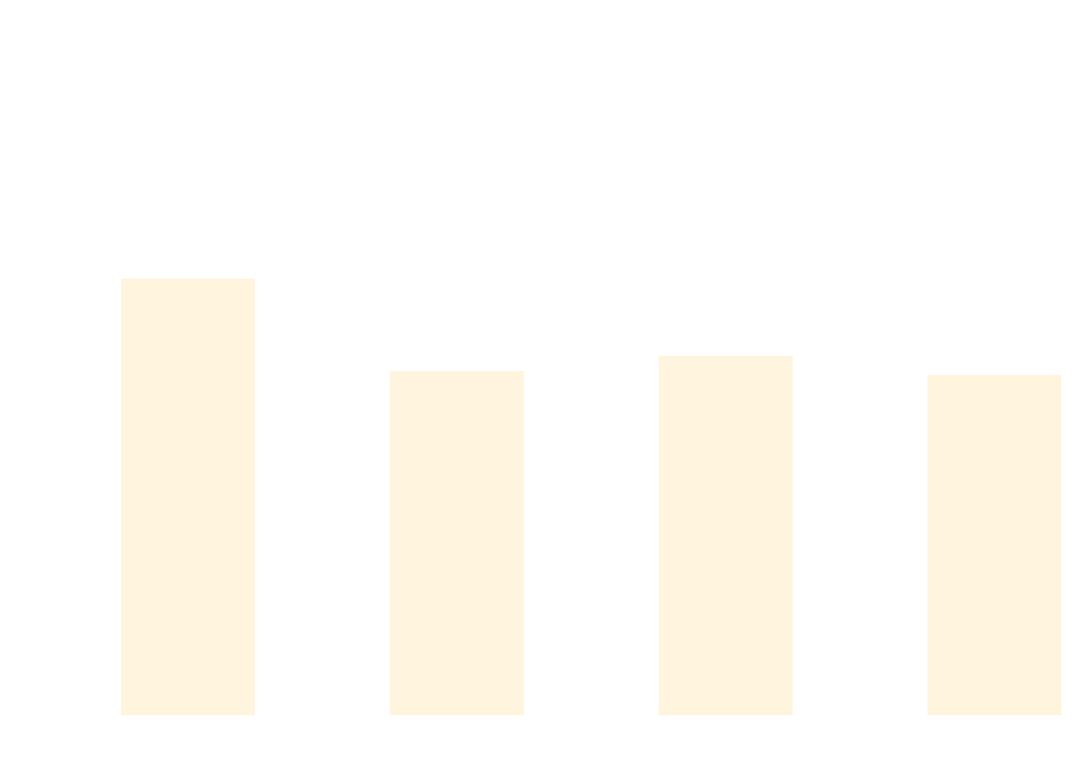
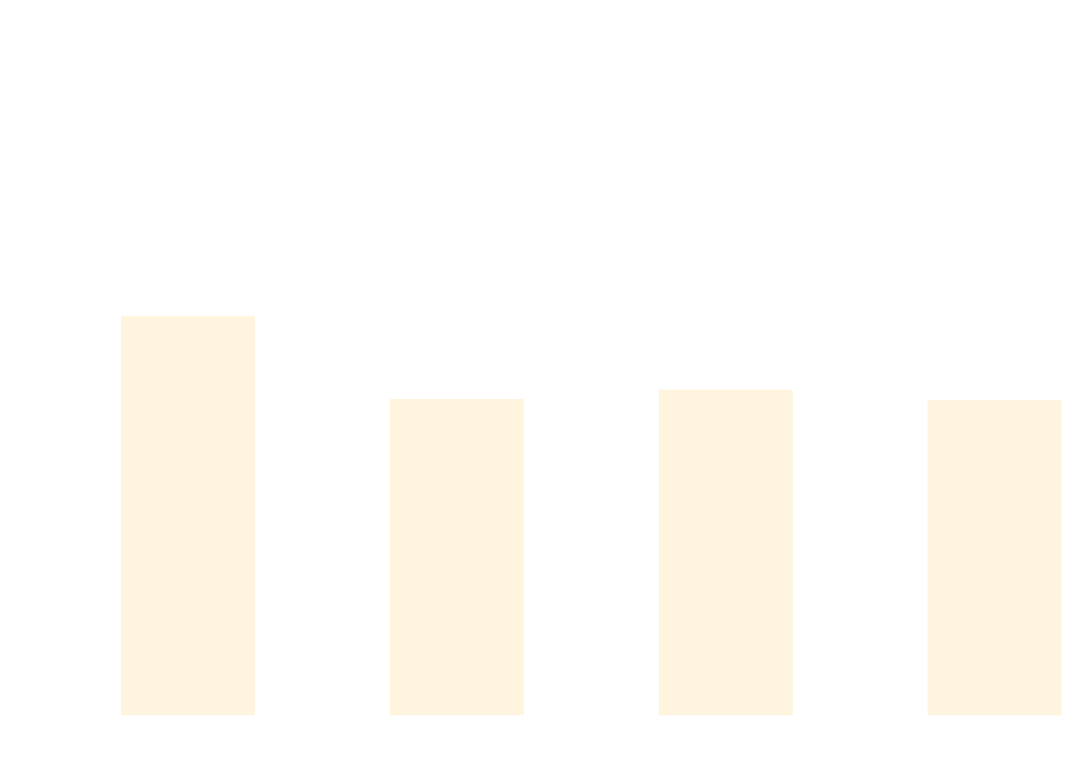
One commit to thomhurst/TUnit changed the diagram in docs/docs/benchmarks/BuildTime.md. Above: the diagram before and after it, drawn with Mermaid. The commit also changed other lines of this file and 17 other files, not shown here.

````diff
--- a/docs/docs/benchmarks/BuildTime.md
+++ b/docs/docs/benchmarks/BuildTime.md
@@ -28,37 +28,37 @@
 ```mermaid
 %%{init: {
   'theme':'base',
   'themeVariables': {
     'primaryColor': '#2563eb',
     'primaryTextColor': '#ffffff',
     'primaryBorderColor': '#1e40af',
     'lineColor': '#6b7280',
     'secondaryColor': '#7c3aed',
     'tertiaryColor': '#dc2626',
     'background': '#ffffff',
     'mainBkg': '#2563eb',
     'secondBkg': '#7c3aed',
     'tertiaryBkg': '#dc2626',
     'clusterBkg': '#f3f4f6',
     'edgeLabelBackground': '#ffffff',
     'tertiaryTextColor': '#1f2937',
     'pie1': '#2563eb',
     'pie2': '#7c3aed',
     'pie3': '#dc2626',
     'pie4': '#f59e0b',
     'pie5': '#10b981',
     'pie6': '#06b6d4',
     'pie7': '#ec4899',
     'pie8': '#6366f1',
     'pie9': '#84cc16',
     'pie10': '#f97316',
     'pie11': '#14b8a6',
     'pie12': '#a855f7'
   }
 }}%%
 xychart-beta
   title "Build Time Comparison"
   x-axis ["Build_TUnit", "Build_NUnit", "Build_MSTest", "Build_xUnit3"]
   y-axis "Time (s)" 0 --> 3
-  bar [2.088, 1.634, 1.709, 1.615]
+  bar [1.903, 1.496, 1.542, 1.491]
 ```
````
